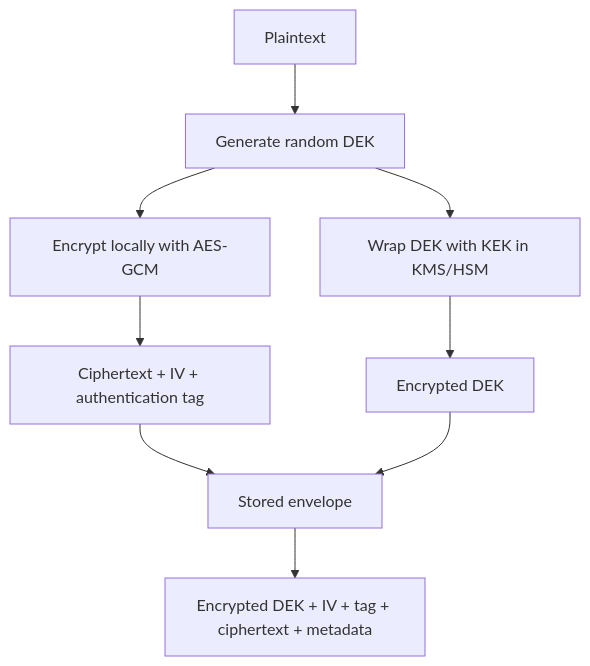
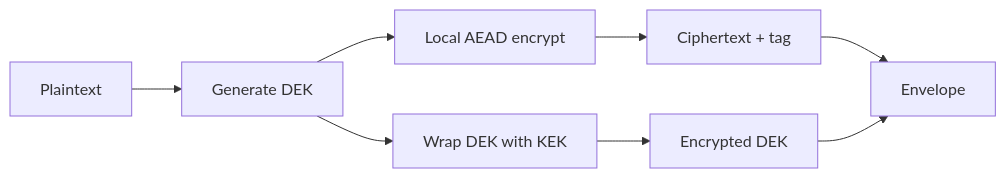
Before and after one commit to dagistankaradeniz/dagistankaradeniz.github.io: the first of 2 diagrams in posts/envelope-encryption.md, drawn with Mermaid. The commit also changed other lines of this file, not shown here.

Commit message:
Shorten envelope encryption post

````diff
--- a/posts/envelope-encryption.md
+++ b/posts/envelope-encryption.md
@@ -31,11 +25,10 @@
 ```mermaid
-flowchart TD
-    A[Plaintext] --> B[Generate random DEK]
-    B --> C[Encrypt locally with AES-GCM]
-    C --> D[Ciphertext + IV + authentication tag]
-    B --> E[Wrap DEK with KEK in KMS/HSM]
-    E --> F[Encrypted DEK]
-    D --> G[Stored envelope]
+flowchart LR
+    A[Plaintext] --> B[Generate DEK]
+    B --> C[Local AEAD encrypt]
+    B --> D[Wrap DEK with KEK]
+    C --> E[Ciphertext + tag]
+    D --> F[Encrypted DEK]
+    E --> G[Envelope]
     F --> G
-    G --> H[Encrypted DEK + IV + tag + ciphertext + metadata]
 ```
````
